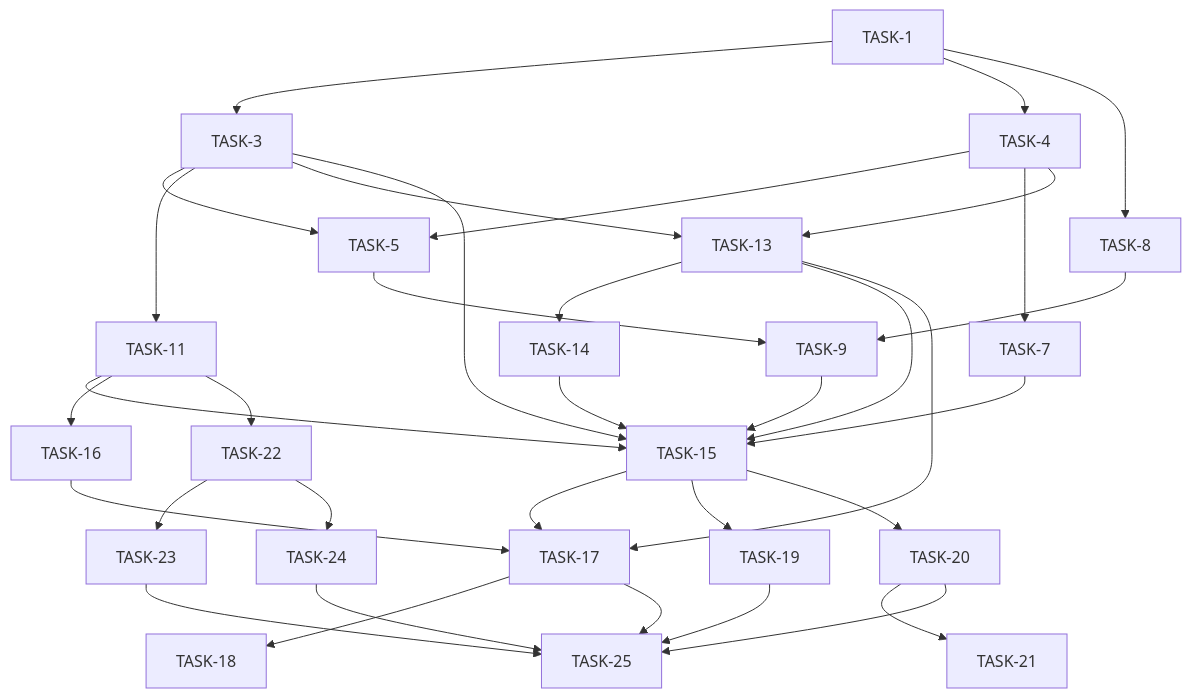
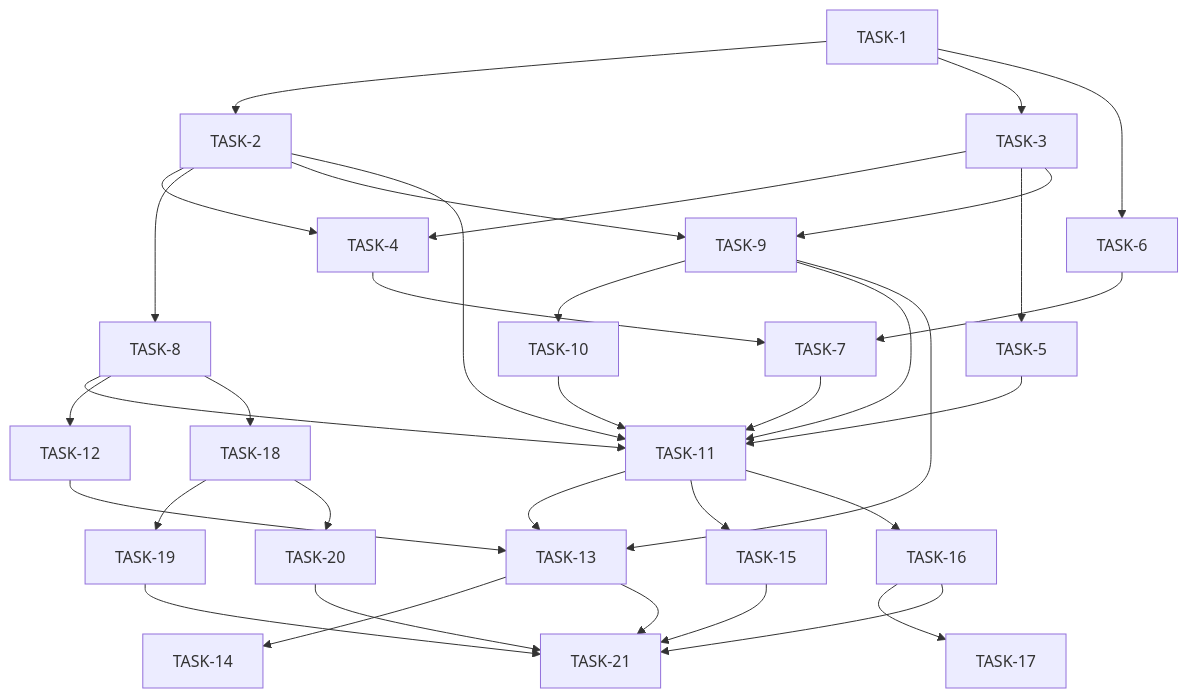
Before and after one commit to TonyWu20/castep_workflow_framework: the diagram in plans/PHASE3_IMPLEMENTATION_PLAN.md, drawn with Mermaid. The commit also changed other lines of this file and 1 other file, not shown here.

````diff
--- a/plans/PHASE3_IMPLEMENTATION_PLAN.md
+++ b/plans/PHASE3_IMPLEMENTATION_PLAN.md
@@ -789,49 +789,49 @@
 ```mermaid
 graph TD
+  TASK-1 --> TASK-2
   TASK-1 --> TASK-3
-  TASK-1 --> TASK-4
-  TASK-1 --> TASK-8
+  TASK-1 --> TASK-6
+
+  TASK-2 --> TASK-4
+  TASK-3 --> TASK-4
+  TASK-2 --> TASK-8
+  TASK-2 --> TASK-9
 
   TASK-3 --> TASK-5
-  TASK-4 --> TASK-5
-  TASK-3 --> TASK-11
-  TASK-3 --> TASK-13
+  TASK-3 --> TASK-9
 
   TASK-4 --> TASK-7
-  TASK-4 --> TASK-13
+  TASK-6 --> TASK-7
 
-  TASK-5 --> TASK-9
-  TASK-8 --> TASK-9
+  TASK-9 --> TASK-10
+
+  TASK-2 --> TASK-11
+  TASK-5 --> TASK-11
+  TASK-7 --> TASK-11
+  TASK-8 --> TASK-11
+  TASK-9 --> TASK-11
+  TASK-10 --> TASK-11
+
+  TASK-8 --> TASK-12
+
+  TASK-9 --> TASK-13
+  TASK-11 --> TASK-13
+  TASK-12 --> TASK-13
 
   TASK-13 --> TASK-14
 
-  TASK-3 --> TASK-15
-  TASK-7 --> TASK-15
-  TASK-9 --> TASK-15
   TASK-11 --> TASK-15
-  TASK-13 --> TASK-15
-  TASK-14 --> TASK-15
-
   TASK-11 --> TASK-16
 
-  TASK-13 --> TASK-17
-  TASK-15 --> TASK-17
   TASK-16 --> TASK-17
 
-  TASK-17 --> TASK-18
+  TASK-8 --> TASK-18
+  TASK-18 --> TASK-19
+  TASK-18 --> TASK-20
 
-  TASK-15 --> TASK-19
-  TASK-15 --> TASK-20
-
+  TASK-13 --> TASK-21
+  TASK-15 --> TASK-21
+  TASK-16 --> TASK-21
+  TASK-19 --> TASK-21
   TASK-20 --> TASK-21
-
-  TASK-11 --> TASK-22
-  TASK-22 --> TASK-23
-  TASK-22 --> TASK-24
-
-  TASK-17 --> TASK-25
-  TASK-19 --> TASK-25
-  TASK-20 --> TASK-25
-  TASK-23 --> TASK-25
-  TASK-24 --> TASK-25
 ```
````
